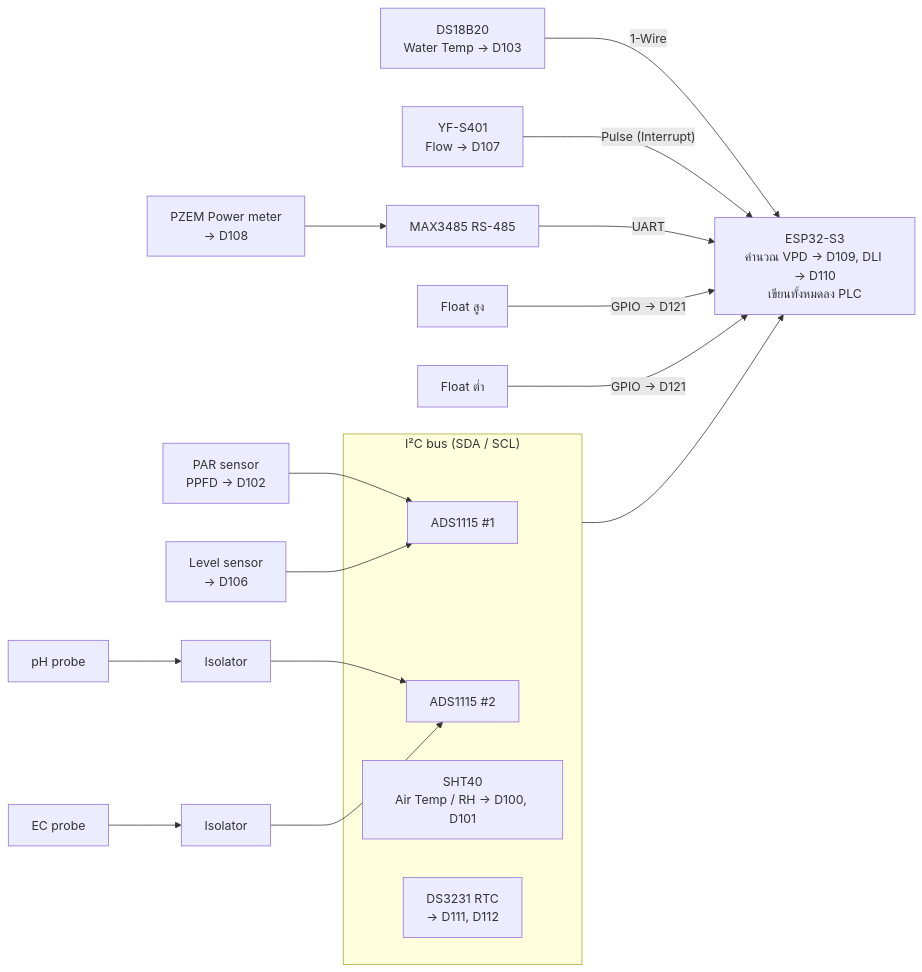
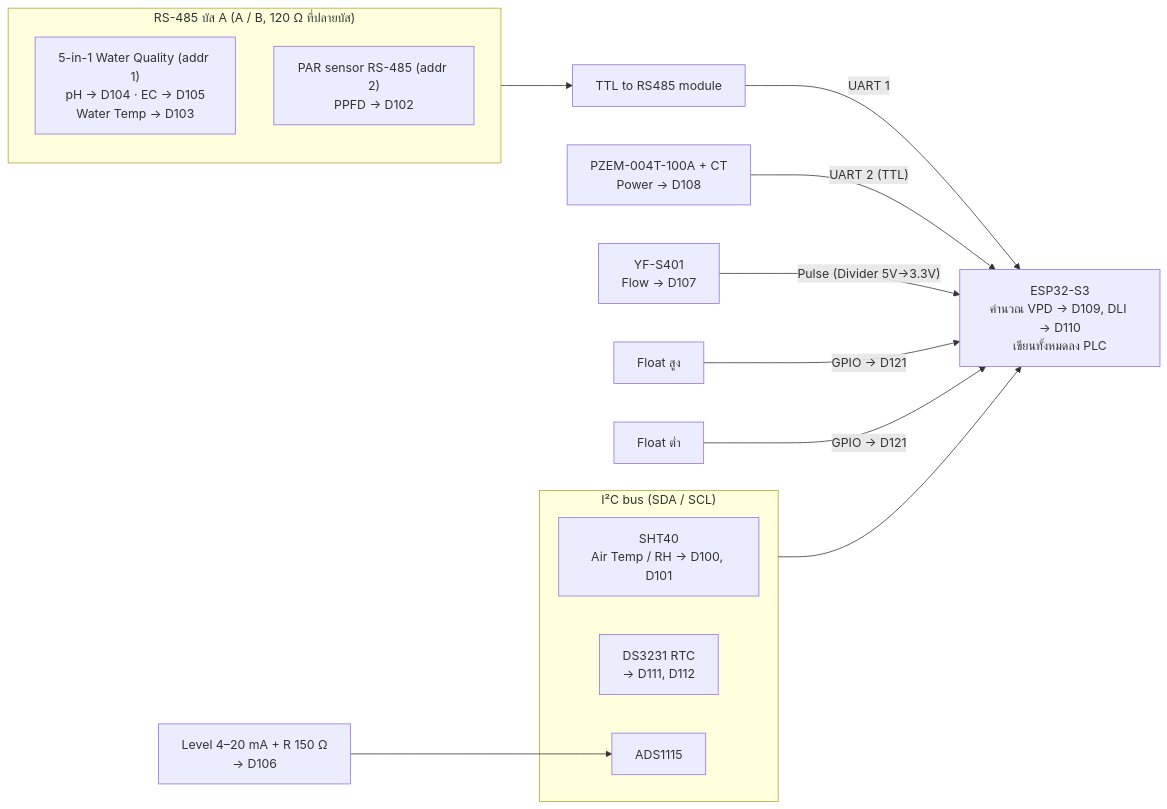
Before and after one commit to aplab-workshop/green-oak-plant-lab: the second of 4 diagrams in docs/HARDWARE-FLOW.md, drawn with Mermaid. The commit also changed other lines of this file and 4 other files, not shown here.

First line of the commit message:
docs(hw): real sensors - 5-in-1 RS485 water quality, PAR on RS-485, PZEM-004T on UART

````diff
--- a/docs/HARDWARE-FLOW.md
+++ b/docs/HARDWARE-FLOW.md
@@ -39,23 +39,23 @@
 ```mermaid
 flowchart LR
-    PAR["PAR sensor<br/>PPFD → D102"] --> ADC1["ADS1115 #1"]
-    LVL["Level sensor<br/>→ D106"] --> ADC1
-    PH["pH probe"] --> ISO1["Isolator"] --> ADC2["ADS1115 #2"]
-    EC["EC probe"] --> ISO2["Isolator"] --> ADC2
+    subgraph BUSA["RS-485 บัส A (A / B, 120 Ω ที่ปลายบัส)"]
+        WQ["5-in-1 Water Quality (addr 1)<br/>pH → D104 · EC → D105<br/>Water Temp → D103"]
+        PAR["PAR sensor RS-485 (addr 2)<br/>PPFD → D102"]
+    end
+    BUSA --> RS485["TTL to RS485 module"]
 
     subgraph I2C["I²C bus (SDA / SCL)"]
         SHT["SHT40<br/>Air Temp / RH → D100, D101"]
         RTC["DS3231 RTC<br/>→ D111, D112"]
-        ADC1
-        ADC2
+        ADC["ADS1115"]
     end
+    LVL["Level 4–20 mA + R 150 Ω<br/>→ D106"] --> ADC
 
-    PZEM["PZEM Power meter<br/>→ D108"] --> RS485["MAX3485 RS-485"]
-
-    I2C --> MCU["ESP32-S3<br/>คำนวณ VPD → D109, DLI → D110<br/>เขียนทั้งหมดลง PLC"]
-    DS["DS18B20<br/>Water Temp → D103"] -- "1-Wire" --> MCU
-    FLOW["YF-S401<br/>Flow → D107"] -- "Pulse (Interrupt)" --> MCU
-    RS485 -- "UART" --> MCU
+    MCU["ESP32-S3<br/>คำนวณ VPD → D109, DLI → D110<br/>เขียนทั้งหมดลง PLC"]
+    RS485 -- "UART 1" --> MCU
+    PZEM["PZEM-004T-100A + CT<br/>Power → D108"] -- "UART 2 (TTL)" --> MCU
+    I2C --> MCU
+    FLOW["YF-S401<br/>Flow → D107"] -- "Pulse (Divider 5V→3.3V)" --> MCU
     FLH["Float สูง"] -- "GPIO → D121" --> MCU
     FLL["Float ต่ำ"] -- "GPIO → D121" --> MCU
 ```
````
